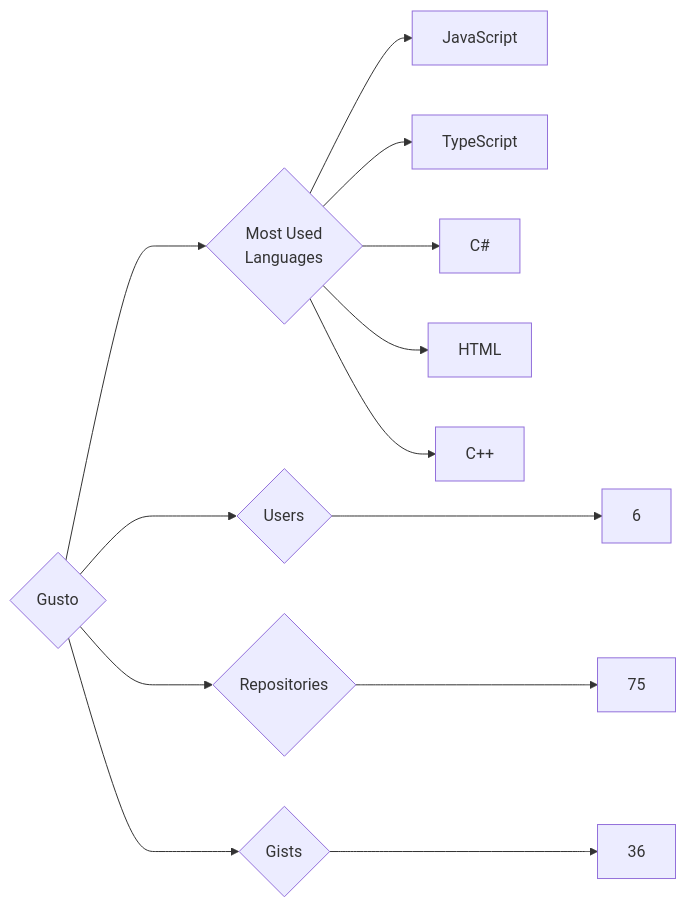
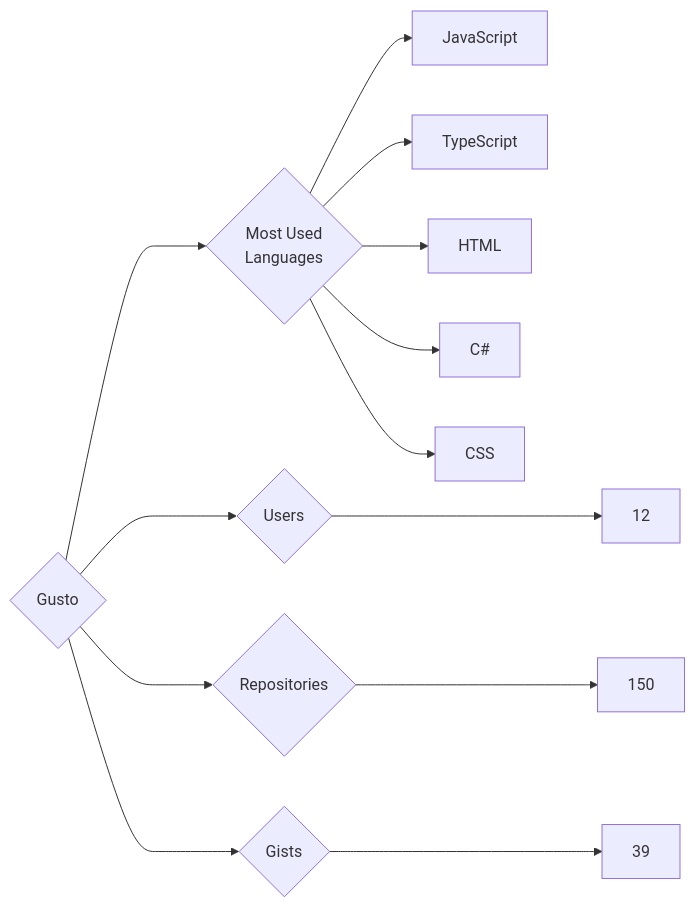
Before and after one commit to trickest/insiders: the diagram in targets/Gusto/README.md, drawn with Mermaid. The commit also changed 718 other files, not shown here.

````diff
--- a/targets/Gusto/README.md
+++ b/targets/Gusto/README.md
@@ -3,13 +3,13 @@
 ```mermaid
 graph LR
 COMPANY_NAME{Gusto}
-COMPANY_NAME ---> U{Users} ---> UN[6]
-COMPANY_NAME ---> R{Repositories} ---> RN[75]
-COMPANY_NAME ---> G{Gists} ---> GN[36]
+COMPANY_NAME ---> U{Users} ---> UN[12]
+COMPANY_NAME ---> R{Repositories} ---> RN[150]
+COMPANY_NAME ---> G{Gists} ---> GN[39]
 COMPANY_NAME ---> ML{Most Used<br>Languages}
 ML --> JavaScript[JavaScript]
 ML --> TypeScript[TypeScript]
+ML --> HTML[HTML]
 ML --> C#[C#]
-ML --> HTML[HTML]
-ML --> C++[C++]
+ML --> CSS[CSS]
 ```
````
